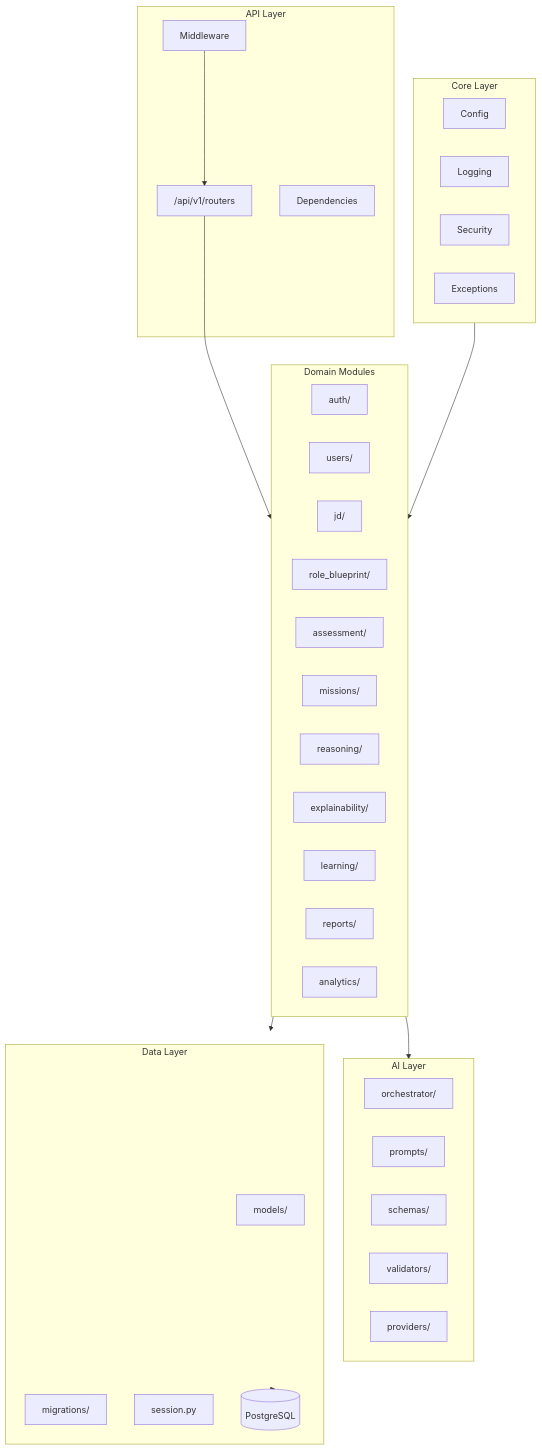
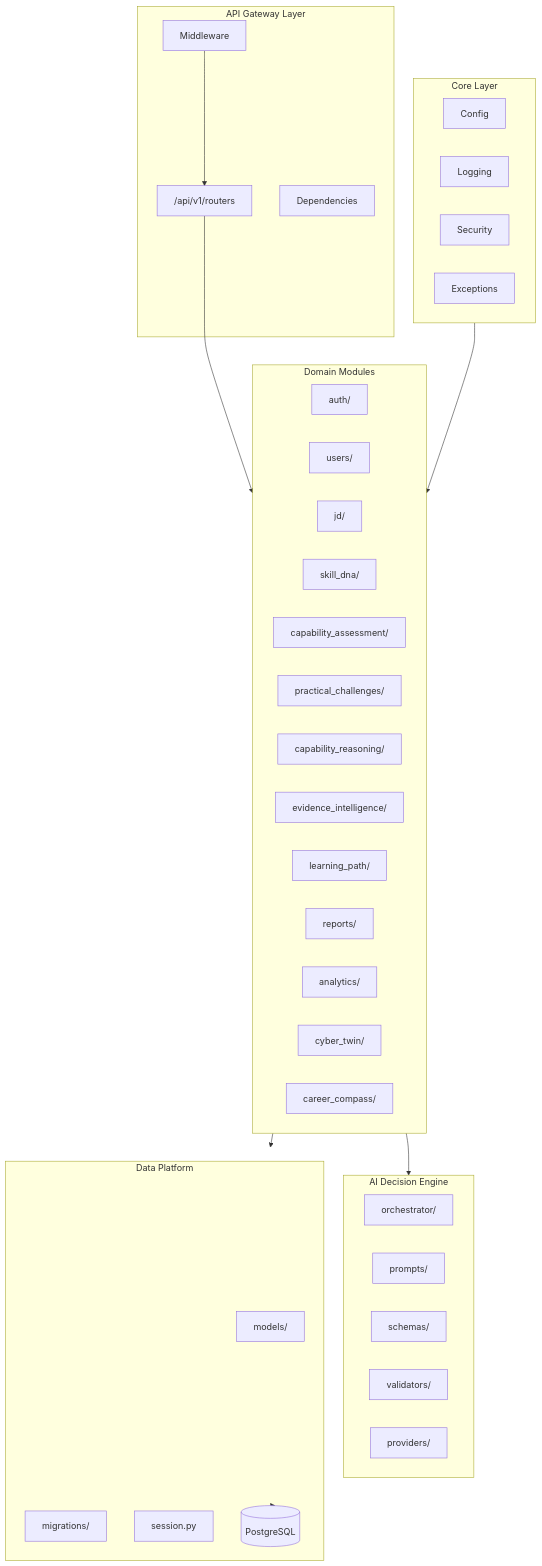
Before and after one commit to BL4CK-0PS/AegisIQ: the first of 2 diagrams in backend/README.md, drawn with Mermaid. The commit also changed other lines of this file and 88 other files, not shown here.

First line of the commit message:
docs: enhance all 40 docs with Mermaid diagrams and Related Documents

````diff
--- a/backend/README.md
+++ b/backend/README.md
@@ -13,47 +13,49 @@
 ```mermaid
 flowchart TD
-    subgraph API["API Layer"]
+    subgraph API["API Gateway Layer"]
         R["/api/v1/routers"]
         MW["Middleware"]
         DEP["Dependencies"]
     end
     subgraph Core["Core Layer"]
         CFG["Config"]
         LOG["Logging"]
         SEC["Security"]
         EXC["Exceptions"]
     end
     subgraph Modules["Domain Modules"]
         AUTH["auth/"]
         USR["users/"]
         JD["jd/"]
-        RB["role_blueprint/"]
-        ASM["assessment/"]
-        MIS["missions/"]
-        REA["reasoning/"]
-        EXP["explainability/"]
-        LRN["learning/"]
+        SD["skill_dna/"]
+        CA["capability_assessment/"]
+        PC["practical_challenges/"]
+        CR["capability_reasoning/"]
+        EI["evidence_intelligence/"]
+        LP["learning_path/"]
         REP["reports/"]
         ANL["analytics/"]
+        CT["cyber_twin/"]
+        CCP["career_compass/"]
     end
-    subgraph AI["AI Layer"]
+    subgraph AI["AI Decision Engine"]
         ORC["orchestrator/"]
         PRO["prompts/"]
         SCH["schemas/"]
         VAL["validators/"]
         PRV["providers/"]
     end
-    subgraph DB["Data Layer"]
+    subgraph DB["Data Platform"]
         MOD["models/"]
         MIG["migrations/"]
         SES["session.py"]
         PG[("PostgreSQL")]
     end
 
     R --> Modules
     MW --> R
     Core --> Modules
     Modules --> AI
     Modules --> DB
     DB --> PG
 ```
````
